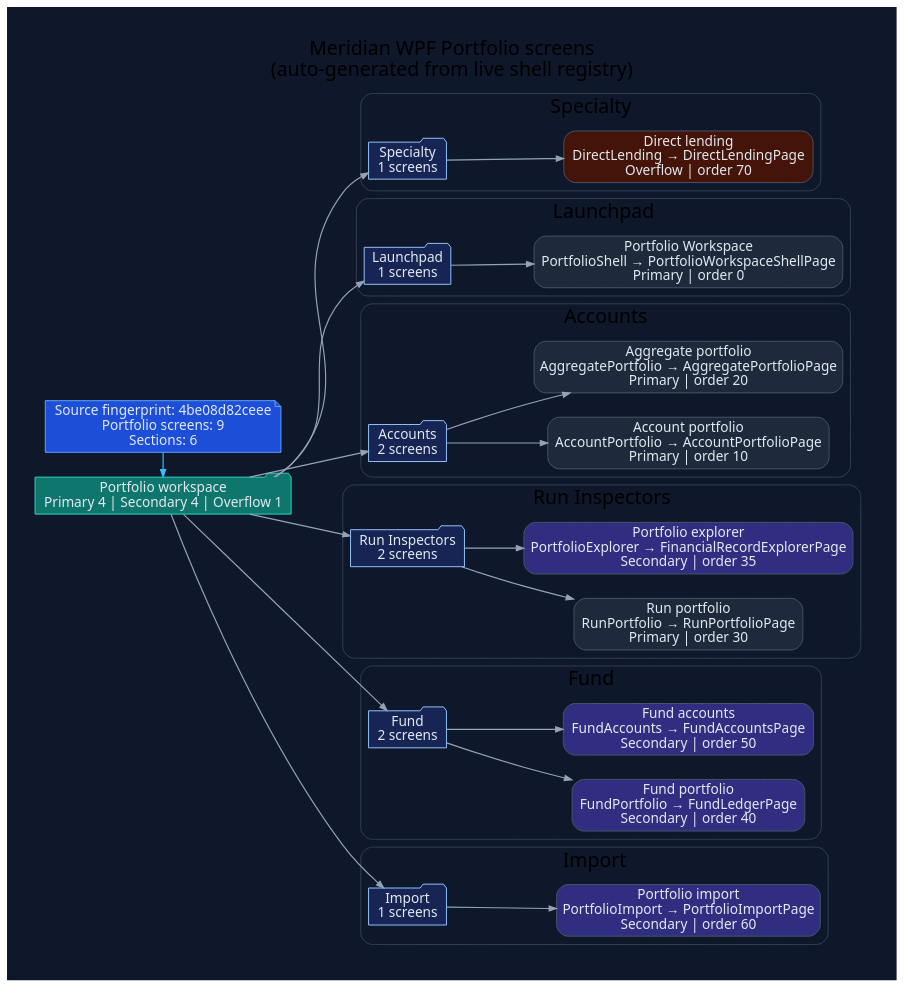
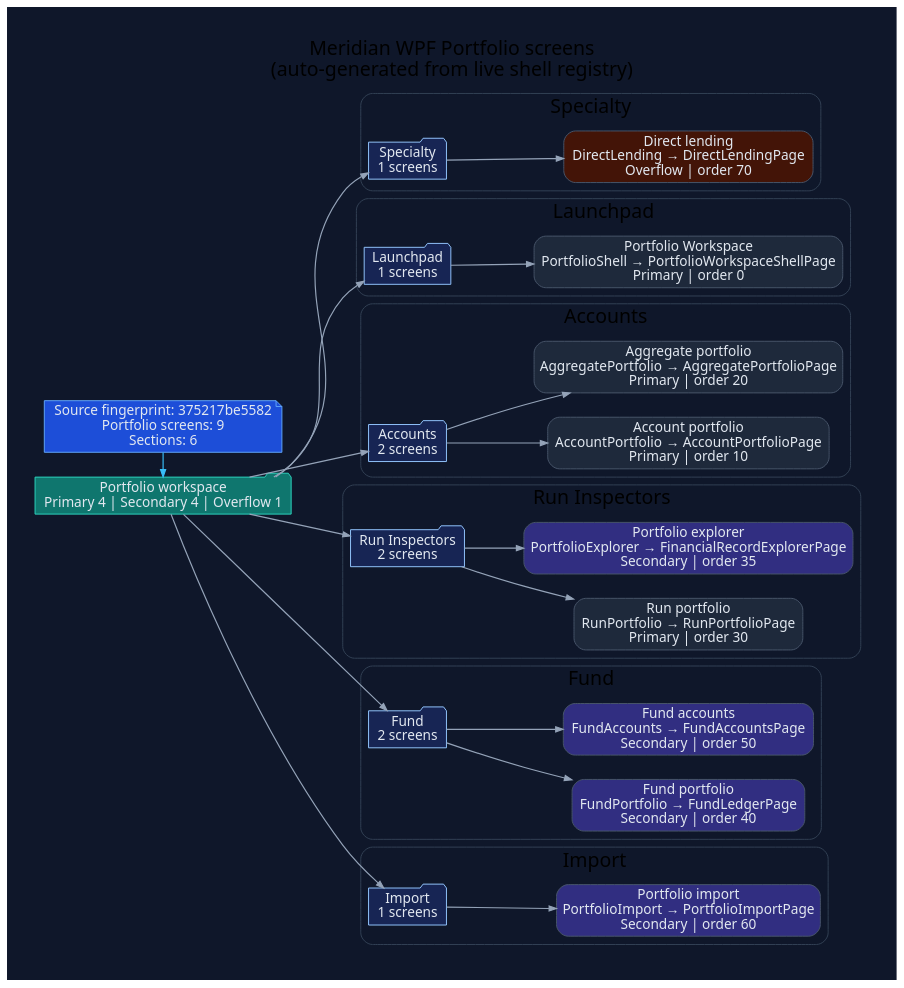
The diagram in docs/diagrams/ui-wpf-screens-portfolio.dot (rodoHasArrived/Meridian-main), drawn with Graphviz before and after one commit. The commit also changed 158 other files, not shown here.

```diff
--- a/docs/diagrams/ui-wpf-screens-portfolio.dot
+++ b/docs/diagrams/ui-wpf-screens-portfolio.dot
@@ -1,92 +1,92 @@
 // -----------------------------------------------------------------------------
 // <auto-generated>
 // Generated by scripts/generate-diagrams.mjs.
 // Do not edit this file directly; update the WPF source files instead.
 // -----------------------------------------------------------------------------
 digraph WpfPortfolioScreens {
   graph [
     rankdir=LR,
     labelloc=t,
     label="Meridian WPF Portfolio screens\n(auto-generated from live shell registry)",
     fontname="Segoe UI",
     fontsize=20,
     pad=0.4,
     nodesep=0.35,
     ranksep=0.85,
     bgcolor="#0f172a"
   ];
   node [fontname="Segoe UI", shape=box, style="rounded,filled", color="#475569", fontcolor="#e2e8f0", fillcolor="#1e293b"];
   edge [fontname="Segoe UI", color="#94a3b8", penwidth=1.2, arrowsize=0.75];
 
-  generated [shape=note, fillcolor="#1d4ed8", color="#60a5fa", label="Source fingerprint: 4be08d82ceee\nPortfolio screens: 9\nSections: 6"];
+  generated [shape=note, fillcolor="#1d4ed8", color="#60a5fa", label="Source fingerprint: 375217be5582\nPortfolio screens: 9\nSections: 6"];
   workspace [shape=folder, fillcolor="#0f766e", color="#2dd4bf", label="Portfolio workspace\nPrimary 4 | Secondary 4 | Overflow 1"];
   generated -> workspace [color="#38bdf8"];
 
   subgraph cluster_section_1 {
     label="Specialty";
     color="#334155";
     style="rounded";
     section_1 [shape=folder, fillcolor="#172554", color="#93c5fd", label="Specialty\n1 screens"];
     workspace -> section_1;
     screen_DirectLending [fillcolor="#431407", label="Direct lending\nDirectLending → DirectLendingPage\nOverflow | order 70"];
     section_1 -> screen_DirectLending;
   }
 
   subgraph cluster_section_2 {
     label="Launchpad";
     color="#334155";
     style="rounded";
     section_2 [shape=folder, fillcolor="#172554", color="#93c5fd", label="Launchpad\n1 screens"];
     workspace -> section_2;
     screen_PortfolioShell [fillcolor="#1e293b", label="Portfolio Workspace\nPortfolioShell → PortfolioWorkspaceShellPage\nPrimary | order 0"];
     section_2 -> screen_PortfolioShell;
   }
 
   subgraph cluster_section_3 {
     label="Accounts";
     color="#334155";
     style="rounded";
     section_3 [shape=folder, fillcolor="#172554", color="#93c5fd", label="Accounts\n2 screens"];
     workspace -> section_3;
     screen_AccountPortfolio [fillcolor="#1e293b", label="Account portfolio\nAccountPortfolio → AccountPortfolioPage\nPrimary | order 10"];
     section_3 -> screen_AccountPortfolio;
     screen_AggregatePortfolio [fillcolor="#1e293b", label="Aggregate portfolio\nAggregatePortfolio → AggregatePortfolioPage\nPrimary | order 20"];
     section_3 -> screen_AggregatePortfolio;
   }
 
   subgraph cluster_section_4 {
     label="Run Inspectors";
     color="#334155";
     style="rounded";
     section_4 [shape=folder, fillcolor="#172554", color="#93c5fd", label="Run Inspectors\n2 screens"];
     workspace -> section_4;
     screen_RunPortfolio [fillcolor="#1e293b", label="Run portfolio\nRunPortfolio → RunPortfolioPage\nPrimary | order 30"];
     section_4 -> screen_RunPortfolio;
     screen_PortfolioExplorer [fillcolor="#312e81", label="Portfolio explorer\nPortfolioExplorer → FinancialRecordExplorerPage\nSecondary | order 35"];
     section_4 -> screen_PortfolioExplorer;
   }
 
   subgraph cluster_section_5 {
     label="Fund";
     color="#334155";
     style="rounded";
     section_5 [shape=folder, fillcolor="#172554", color="#93c5fd", label="Fund\n2 screens"];
     workspace -> section_5;
     screen_FundPortfolio [fillcolor="#312e81", label="Fund portfolio\nFundPortfolio → FundLedgerPage\nSecondary | order 40"];
     section_5 -> screen_FundPortfolio;
     screen_FundAccounts [fillcolor="#312e81", label="Fund accounts\nFundAccounts → FundAccountsPage\nSecondary | order 50"];
     section_5 -> screen_FundAccounts;
   }
 
   subgraph cluster_section_6 {
     label="Import";
     color="#334155";
     style="rounded";
     section_6 [shape=folder, fillcolor="#172554", color="#93c5fd", label="Import\n1 screens"];
     workspace -> section_6;
     screen_PortfolioImport [fillcolor="#312e81", label="Portfolio import\nPortfolioImport → PortfolioImportPage\nSecondary | order 60"];
     section_6 -> screen_PortfolioImport;
   }
 
   { rank=min; generated; workspace; }
 }
```
